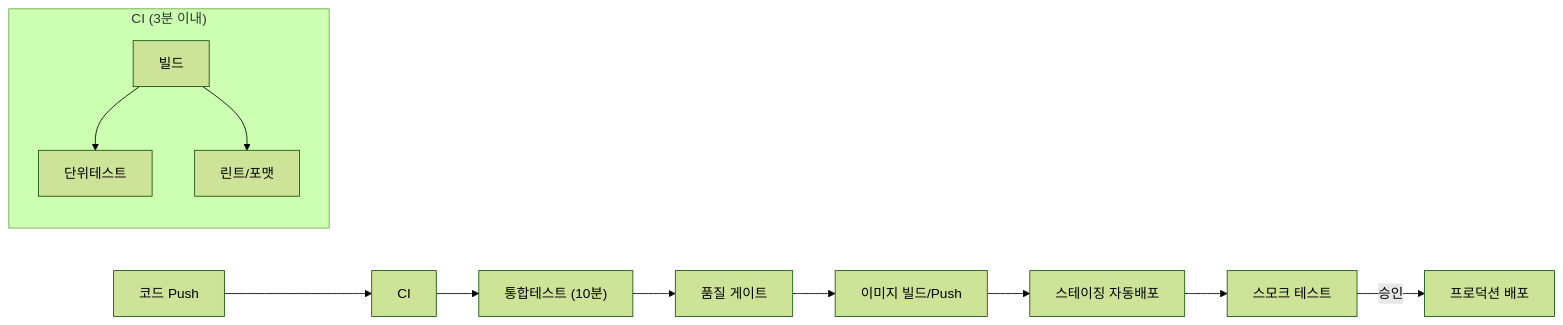
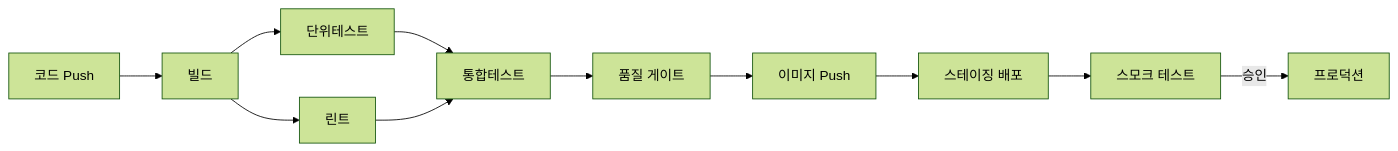
One commit to yjkim2015/yjkim2015.github.io changed the fourth of 4 diagrams in _posts/cicd/2026-05-01-cicd.md. Above: the diagram before and after it, drawn with Mermaid (forest theme). The commit also changed other lines of this file and 215 other files, not shown here.

First line of the commit message:
신규 포스트 10개 추가 + Mermaid 전면 축소 + SystemDesign 시리즈 보강

````diff
--- a/_posts/cicd/2026-05-01-cicd.md
+++ b/_posts/cicd/2026-05-01-cicd.md
@@ -466,17 +447,11 @@
 ```mermaid
 graph LR
-    PUSH["코드 Push"] --> CI
-    subgraph "CI (3분 이내)"
-        BUILD["빌드"]
-        UNIT["단위테스트"]
-        LINT["린트/포맷"]
-        BUILD --> UNIT
-        BUILD --> LINT
-    end
-    CI --> INT["통합테스트 (10분)"]
+    PUSH["코드 Push"] --> BUILD["빌드"]
+    BUILD --> UNIT["단위테스트"] & LINT["린트"]
+    UNIT & LINT --> INT["통합테스트"]
     INT --> SONAR["품질 게이트"]
-    SONAR --> DOCKER["이미지 빌드/Push"]
-    DOCKER --> STAGING["스테이징 자동배포"]
+    SONAR --> DOCKER["이미지 Push"]
+    DOCKER --> STAGING["스테이징 배포"]
     STAGING --> SMOKE["스모크 테스트"]
-    SMOKE -->|"승인"| PROD["프로덕션 배포"]
+    SMOKE -->|"승인"| PROD["프로덕션"]
 ```
````
